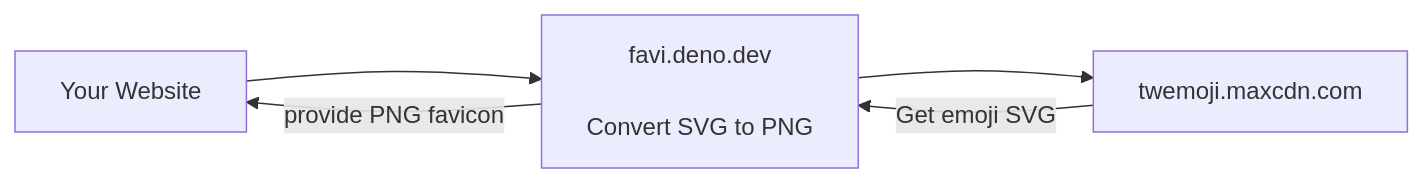
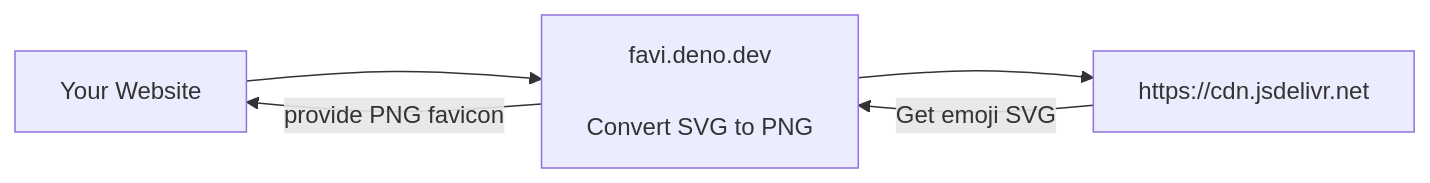
Before and after one commit to ayame113/favi.deno.dev: the diagram in README.md, drawn with Mermaid. The commit also changed 5 other files, not shown here.

````diff
--- a/README.md
+++ b/README.md
@@ -17,5 +17,5 @@
 ```mermaid
 graph LR
-    A[Your Website] --> B[favi.deno.dev <br><br> Convert SVG to PNG] --> C["twemoji.maxcdn.com"]
+    A[Your Website] --> B[favi.deno.dev <br><br> Convert SVG to PNG] --> C["https://cdn.jsdelivr.net"]
     C --Get emoji SVG--> B --provide PNG favicon--> A
 ```
````
